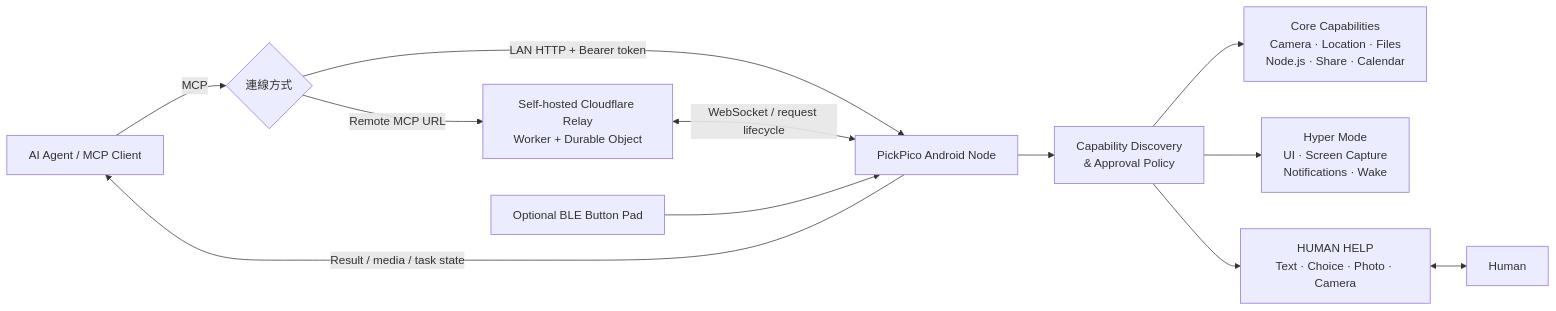
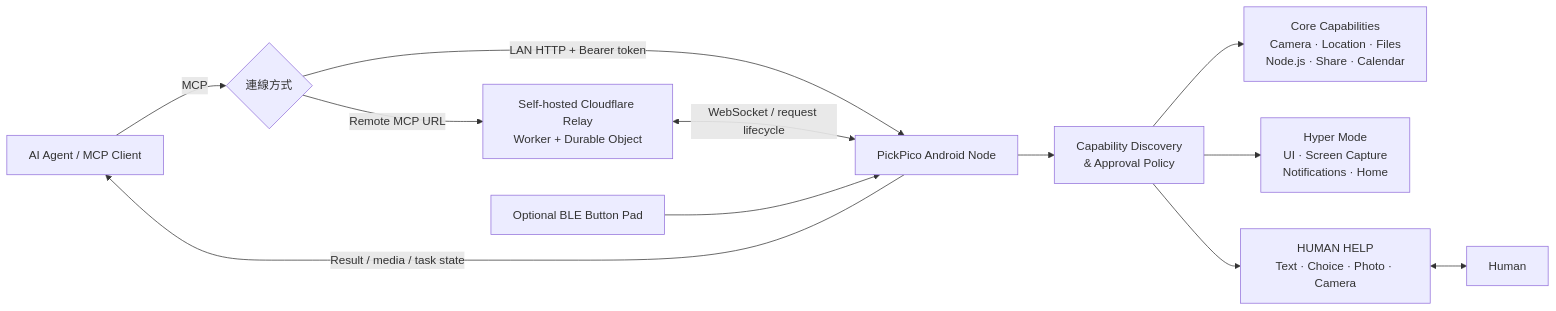
Before and after one commit to mabyes1/PickPico: the diagram in README.md, drawn with Mermaid.

Commit message:
Align final README with phone home capability

````diff
--- a/README.md
+++ b/README.md
@@ -118,25 +118,25 @@
 ```mermaid
 flowchart LR
     A[AI Agent / MCP Client]
     C{連線方式}
     R[Self-hosted Cloudflare Relay<br/>Worker + Durable Object]
     P[PickPico Android Node]
     D[Capability Discovery<br/>& Approval Policy]
     CORE[Core Capabilities<br/>Camera · Location · Files<br/>Node.js · Share · Calendar]
-    HYPER[Hyper Mode<br/>UI · Screen Capture<br/>Notifications · Wake]
+    HYPER[Hyper Mode<br/>UI · Screen Capture<br/>Notifications · Home]
     HUMAN[HUMAN HELP<br/>Text · Choice · Photo · Camera]
     BLE[Optional BLE Button Pad]
     U[Human]
 
     A -->|MCP| C
     C -->|LAN HTTP + Bearer token| P
     C -->|Remote MCP URL| R
     R <-->|WebSocket / request lifecycle| P
     P --> D
     D --> CORE
     D --> HYPER
     D --> HUMAN
     BLE --> P
     HUMAN <--> U
     P -->|Result / media / task state| A
 ```
````
